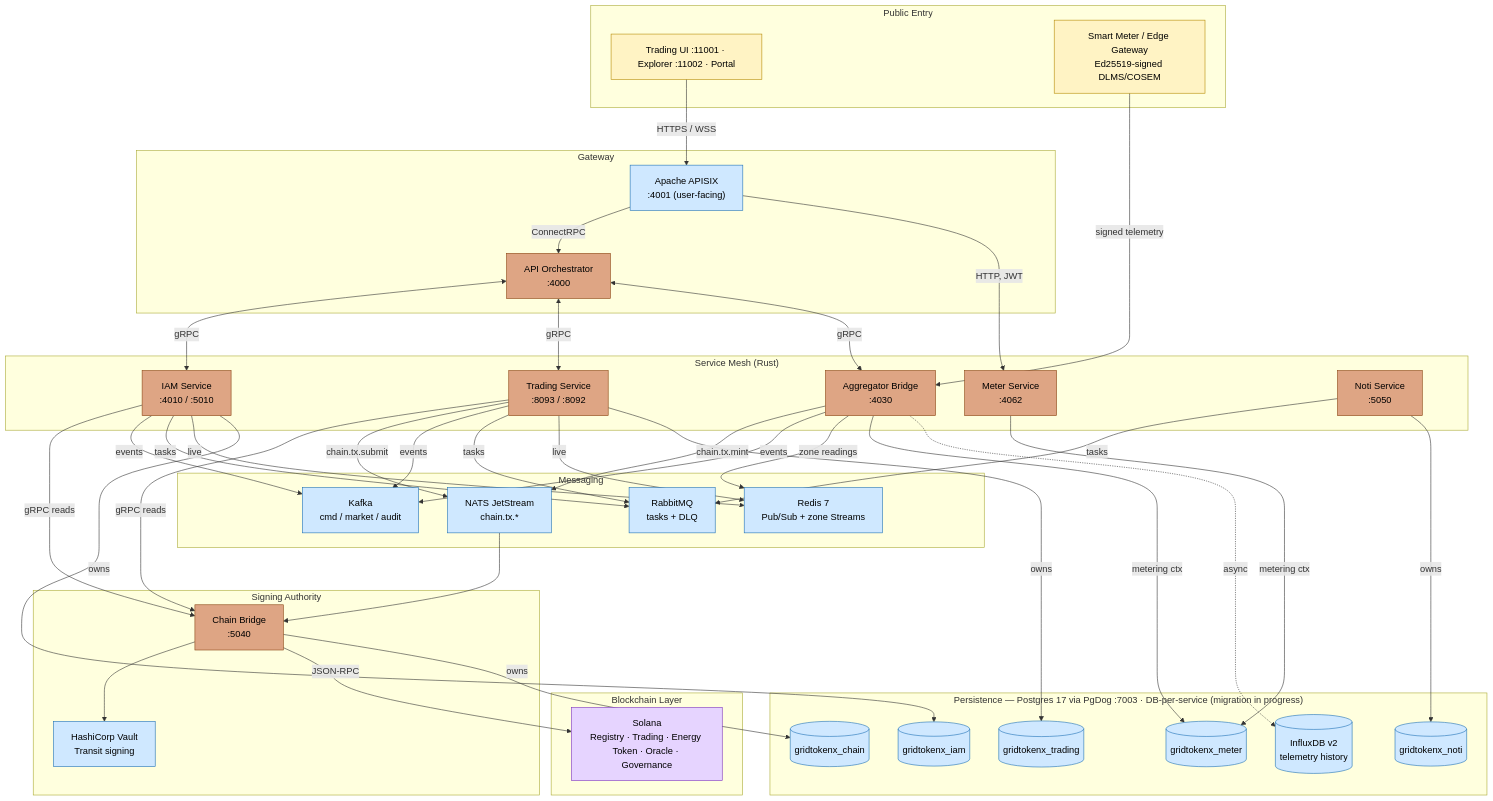
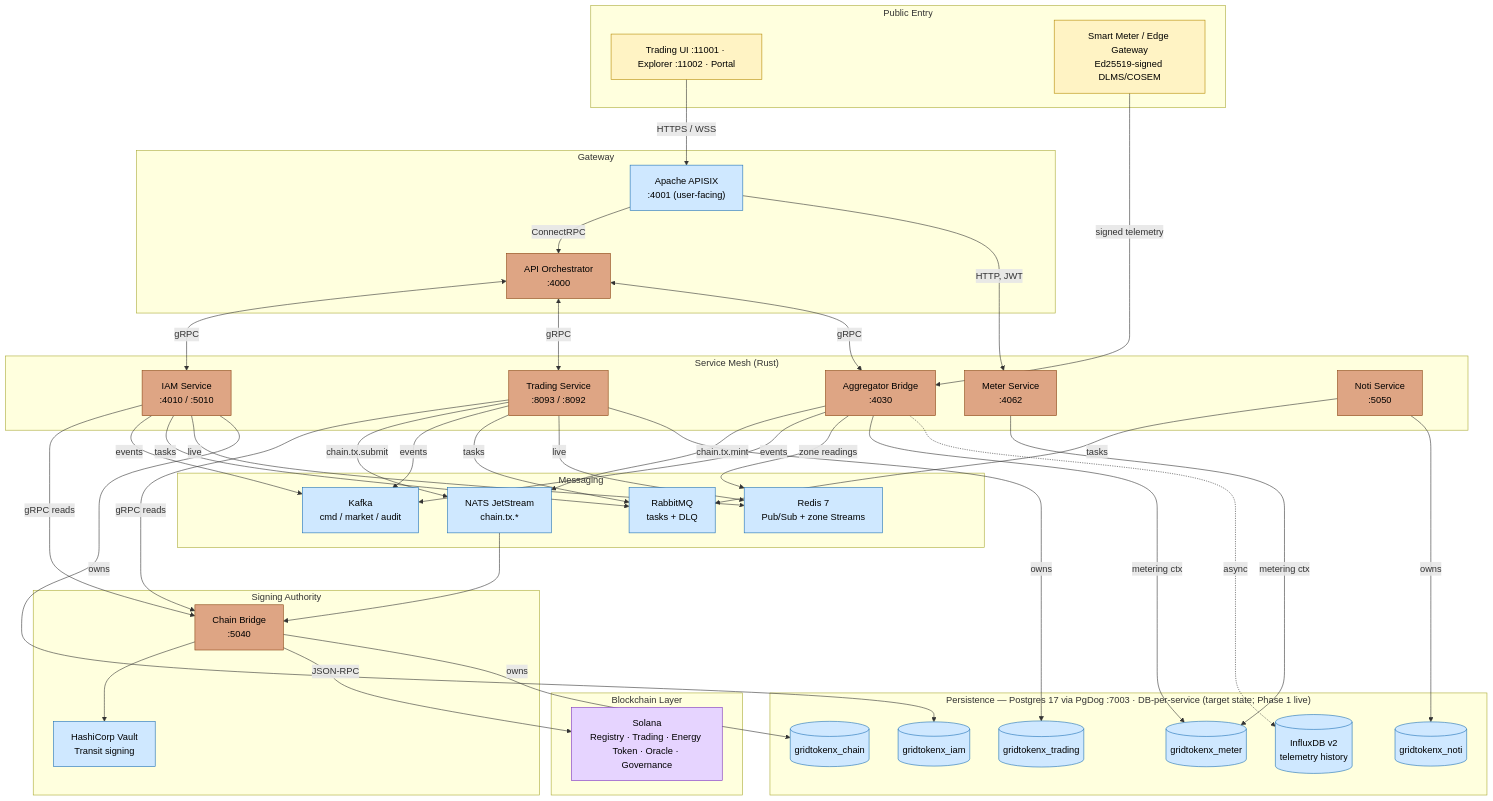
One commit to NakaSato/gridtokenx-coresystem changed the first of 2 diagrams in README.md. Above: the diagram before and after it, drawn with Mermaid. The commit also changed other lines of this file, not shown here.

```diff
--- a/README.md
+++ b/README.md
@@ -64,7 +138,7 @@
         Redis["Redis 7<br/>Pub/Sub + zone Streams"]
     end
 
-    subgraph store["Persistence — Postgres 17 via PgDog :7003 · DB-per-service (migration in progress)"]
+    subgraph store["Persistence — Postgres 17 via PgDog :7003 · DB-per-service (target state; Phase 1 live)"]
         IamDB[("gridtokenx_iam")]
         TradeDB[("gridtokenx_trading")]
         MeterDB[("gridtokenx_meter")]
```
